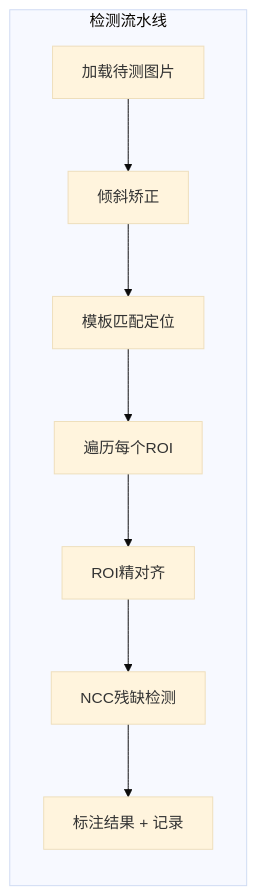
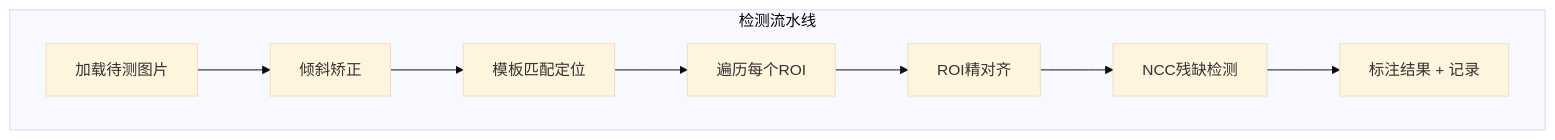
One commit to ggsmida1/CV_Project changed the second of 10 diagrams in docs/期末大作业报告.md. Above: the diagram before and after it, drawn with Mermaid (base theme). The commit also changed other lines of this file and 17 other files, not shown here.

Commit message:
添加图片

````diff
--- a/docs/期末大作业报告.md
+++ b/docs/期末大作业报告.md
@@ -50,11 +50,11 @@
 ```mermaid
-graph LR
+graph TD
     subgraph 检测流水线
         A[加载待测图片] --> B[倾斜矫正]
         B --> C[模板匹配定位]
         C --> D[遍历每个ROI]
         D --> E[ROI精对齐]
         E --> F[NCC残缺检测]
         F --> G[标注结果 + 记录]
     end
 ```
````
